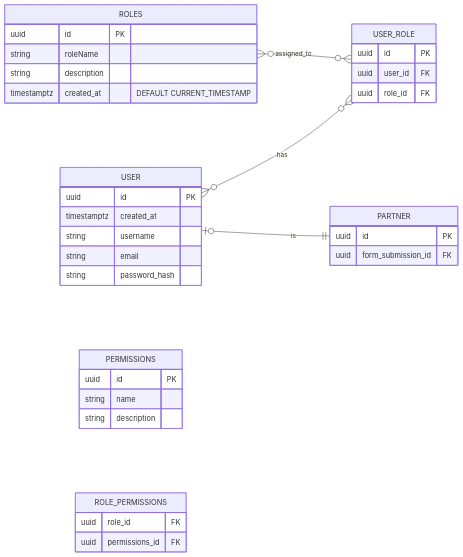
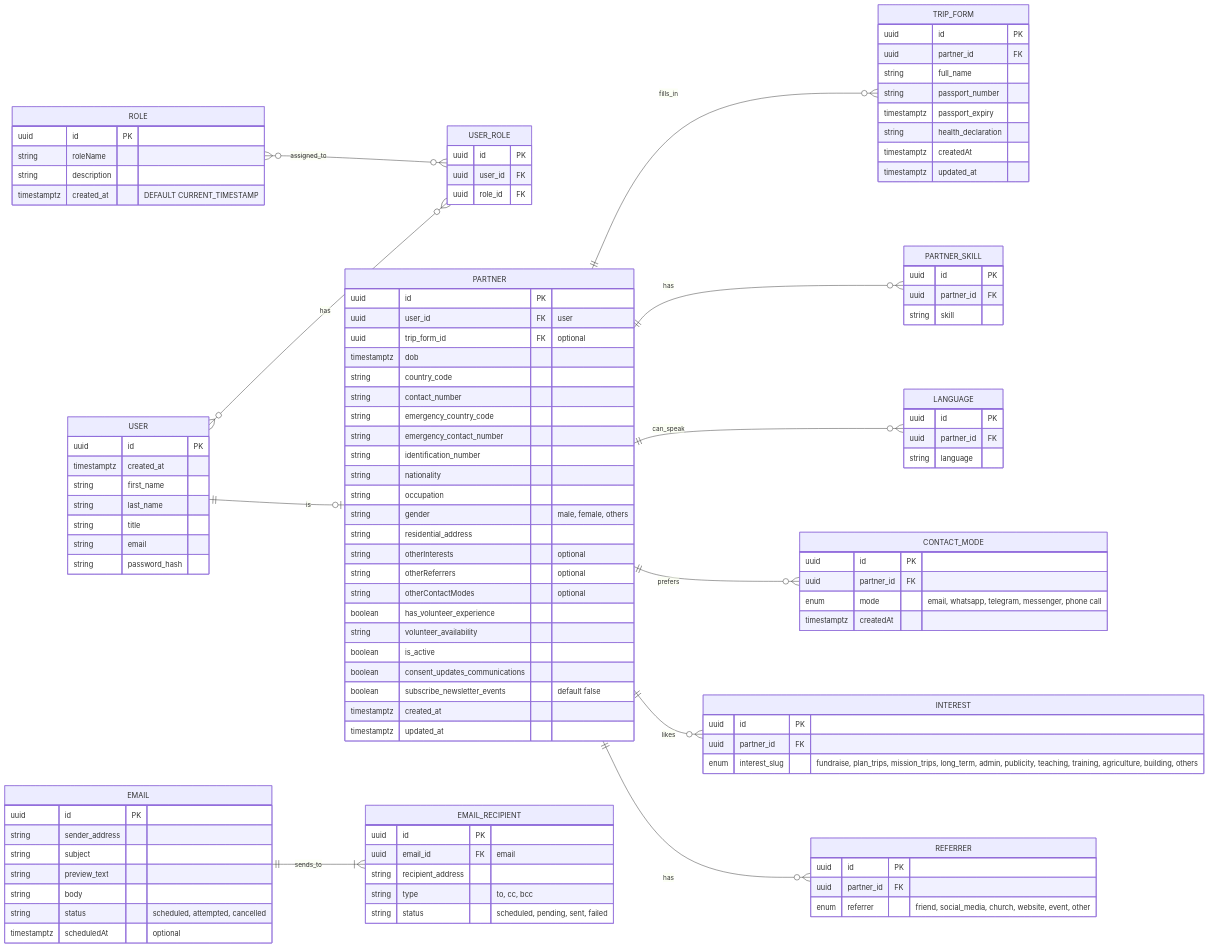
One commit to SiloamXperience-DG-AY2526/backend changed the diagram in docs/db-schema/partner-ms-schema.md. Above: the diagram before and after it, drawn with Mermaid. The commit also changed 13 other files, not shown here.

Commit message:
Init db schema v2

````diff
--- a/docs/db-schema/partner-ms-schema.md
+++ b/docs/db-schema/partner-ms-schema.md
@@ -10,18 +10,26 @@
 erDiagram
     direction LR
     USER }o--o{ USER_ROLE : has
-    ROLES }o--o{ USER_ROLE : assigned_to
-    PERMISSIONS
-    USER |o--|| PARTNER : is
+    ROLE }o--o{ USER_ROLE : assigned_to
+    USER ||--o| PARTNER : is
+    PARTNER ||--o{ TRIP_FORM : fills_in
+    PARTNER ||--o{ PARTNER_SKILL : has
+    PARTNER ||--o{ LANGUAGE : can_speak
+    PARTNER ||--o{ CONTACT_MODE : prefers
+    PARTNER ||--o{ INTEREST : likes
+    PARTNER ||--o{ REFERRER : has
+    EMAIL ||--|{ EMAIL_RECIPIENT: sends_to
 
     USER {
         uuid id PK
         timestamptz created_at
-        string username
+        string first_name
+        string last_name
+        string title
         string email
         string password_hash
     }
-    ROLES {
+    ROLE {
         uuid id PK
         string roleName
         string description
@@ -32,18 +40,85 @@
         uuid user_id FK
         uuid role_id FK
     }
-    PERMISSIONS {
-        uuid id PK
-        string name
-        string description
-    }
-    ROLE_PERMISSIONS {
-        uuid role_id FK
-        uuid permissions_id FK
-    }
 
     PARTNER {
         uuid id PK
-        uuid form_submission_id FK
+        uuid user_id FK "user"
+        uuid trip_form_id FK "optional"
+        timestamptz dob
+        string country_code
+        string contact_number
+        string emergency_country_code
+        string emergency_contact_number
+        string identification_number
+        string nationality
+        string occupation
+        string gender "male, female, others"
+        string residential_address
+        string otherInterests "optional"
+        string otherReferrers "optional"
+        string otherContactModes "optional"
+        boolean has_volunteer_experience
+        string volunteer_availability
+        boolean is_active
+        boolean consent_updates_communications
+        boolean subscribe_newsletter_events "default false"
+        timestamptz created_at
+        timestamptz updated_at
+
     }
+    TRIP_FORM {
+        uuid id PK
+        uuid partner_id FK
+        string full_name
+        string passport_number
+        timestamptz passport_expiry
+        string health_declaration
+        timestamptz createdAt
+        timestamptz updated_at
+    }
+    PARTNER_SKILL {
+        uuid id PK
+        uuid partner_id FK
+        string skill
+    }
+    LANGUAGE {
+        uuid id PK
+        uuid partner_id FK
+        string language
+    }
+    CONTACT_MODE {
+        uuid id PK
+        uuid partner_id FK
+        enum mode "email, whatsapp, telegram, messenger, phone call"
+        timestamptz createdAt
+    }
+    INTEREST {
+        uuid id PK
+        uuid partner_id FK
+        enum interest_slug "fundraise, plan_trips, mission_trips, long_term, admin, publicity, teaching, training, agriculture, building, others"
+    }
+    REFERRER {
+        uuid id PK
+        uuid partner_id FK
+        enum referrer "friend, social_media, church, website, event, other"
+    }
+    EMAIL {
+        uuid id PK
+        string sender_address
+        string subject
+        string preview_text
+        string body
+        string status "scheduled, attempted, cancelled"
+        timestamptz scheduledAt "optional"
+    }
+    EMAIL_RECIPIENT {
+        uuid id PK
+        uuid email_id FK "email"
+        string recipient_address
+        string type "to, cc, bcc"
+        string status "scheduled, pending, sent, failed"
+    }
+
+
 ```
````
